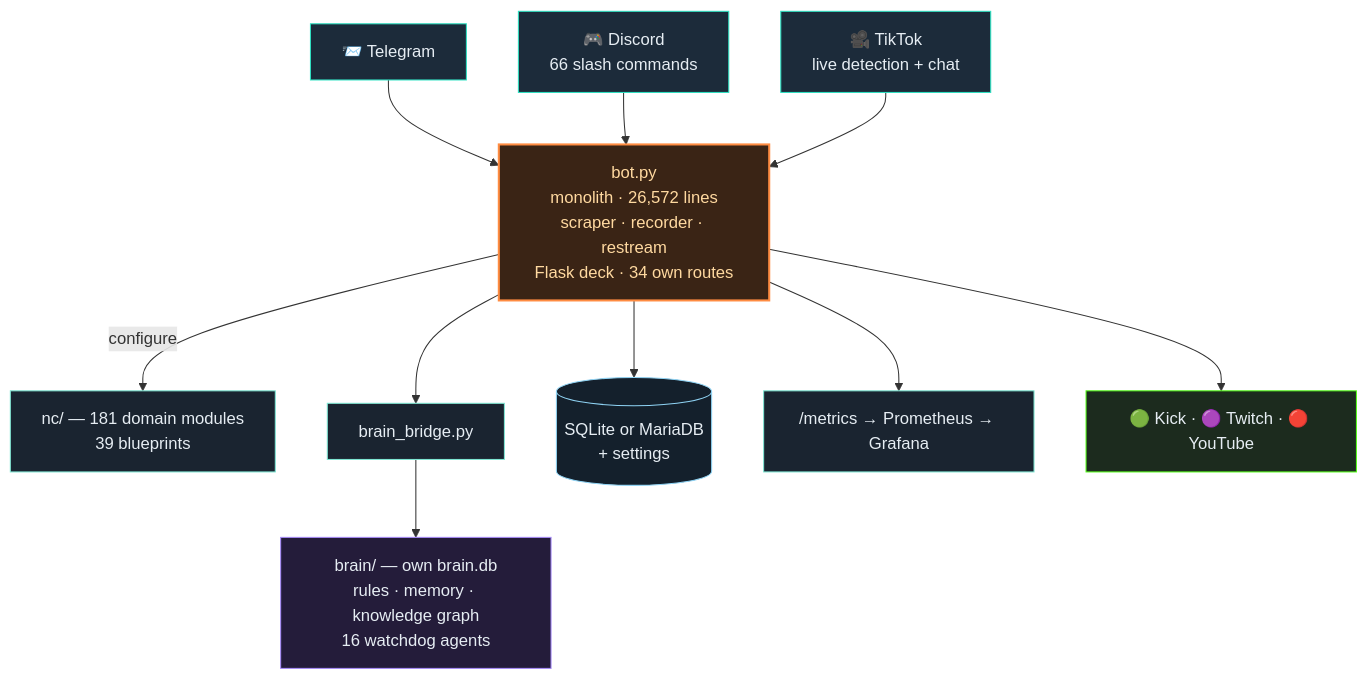
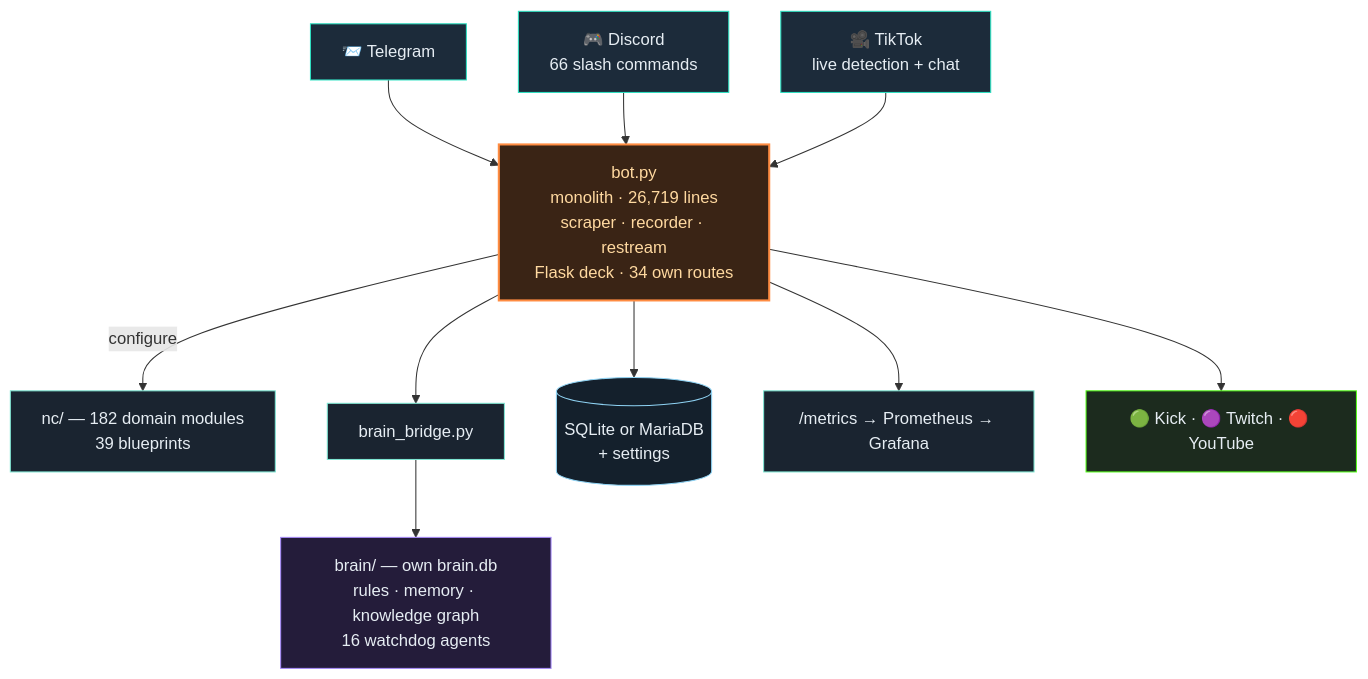
One commit to itsamemedev/Telegram-Stream-Info-Bot changed the second of 3 diagrams in README.en.md. Above: the diagram before and after it, drawn with Mermaid. The commit also changed other lines of this file and 13 other files, not shown here.

````diff
--- a/README.en.md
+++ b/README.en.md
@@ -119,19 +119,19 @@
 ```mermaid
 flowchart TB
     TG["📨 Telegram"]:::ein --> BOT
     DC["🎮 Discord<br/>66 slash commands"]:::ein --> BOT
     TT["🎥 TikTok<br/>live detection + chat"]:::ein --> BOT
-    BOT["bot.py<br/>monolith · 26,572 lines<br/>scraper · recorder · restream<br/>Flask deck · 34 own routes"]:::core
-    BOT -->|configure| NC["nc/ — 181 domain modules<br/>39 blueprints"]:::lib
+    BOT["bot.py<br/>monolith · 26,719 lines<br/>scraper · recorder · restream<br/>Flask deck · 34 own routes"]:::core
+    BOT -->|configure| NC["nc/ — 182 domain modules<br/>39 blueprints"]:::lib
     BOT --> BR["brain_bridge.py"]:::lib
     BR --> BRAIN["brain/ — own brain.db<br/>rules · memory · knowledge graph<br/>16 watchdog agents"]:::brain
     BOT --> DB[("SQLite or MariaDB<br/>+ settings")]:::db
     BOT --> PROM["/metrics → Prometheus → Grafana"]:::lib
     BOT --> OUT["🟢 Kick · 🟣 Twitch · 🔴 YouTube"]:::out
     classDef ein fill:#1c2b3a,stroke:#2de1c2,color:#e6edf3
     classDef core fill:#3a2415,stroke:#ff8c42,stroke-width:2px,color:#ffd9a0
     classDef lib fill:#1a2430,stroke:#7fe7d4,color:#e6edf3
     classDef brain fill:#241c3a,stroke:#a78bfa,color:#e6edf3
     classDef db fill:#14202c,stroke:#8fd3f4,color:#e6edf3
     classDef out fill:#1c2b1e,stroke:#53fc18,color:#e6edf3
 ```
````
